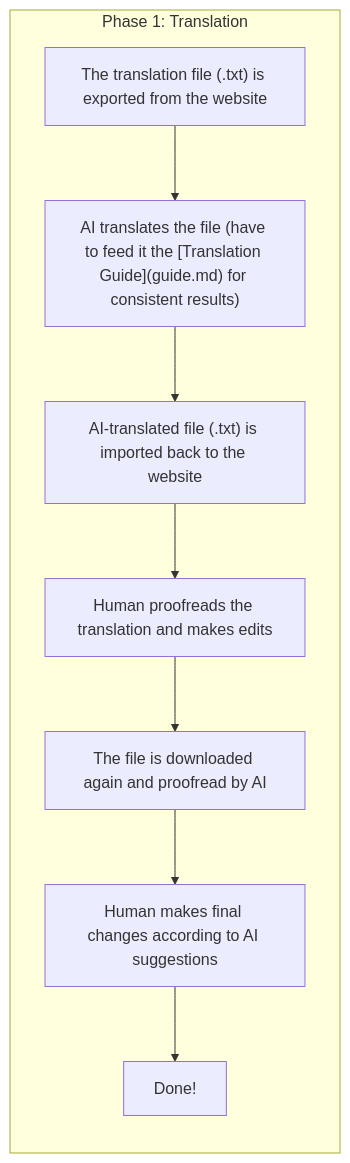
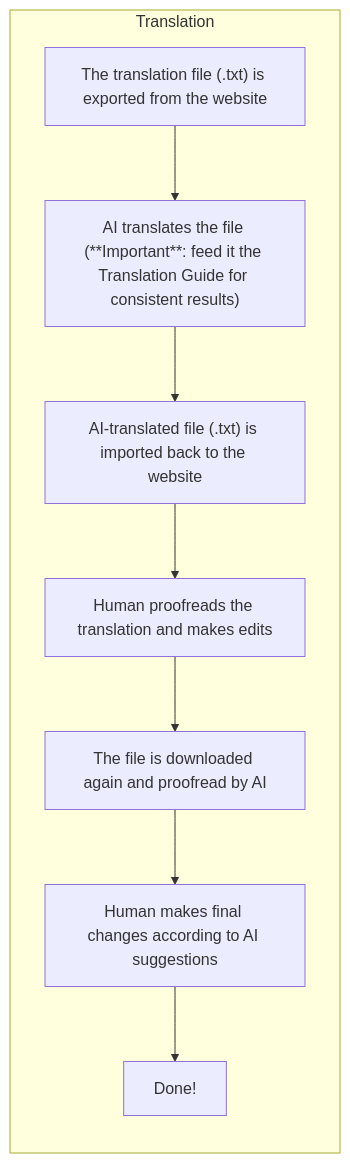
The diagram in process.md (MaksymShcherbak/brok-ua), drawn with Mermaid before and after one commit. The commit also changed 1 other file, not shown here.

Commit message:
Fix formatting mistakes

````diff
--- a/process.md
+++ b/process.md
@@ -9,14 +9,14 @@
 ```mermaid
 flowchart TB
-subgraph Row1["Phase 1: Translation"]
+subgraph Row1["Translation"]
 direction TB
 A["The translation file (.txt) is exported from the website"]
-B["AI translates the file (have to feed it the [Translation Guide](guide.md) for consistent results)"]
+B["AI translates the file (**Important**: feed it the Translation Guide for consistent results)"]
 C["AI-translated file (.txt) is imported back to the website"]
 D["Human proofreads the translation and makes edits"]
 E["The file is downloaded again and proofread by AI"]
 F["Human makes final changes according to AI suggestions"]
 G["Done!"]
 A --> B --> C --> D --> E --> F --> G
 end
 ```
````
